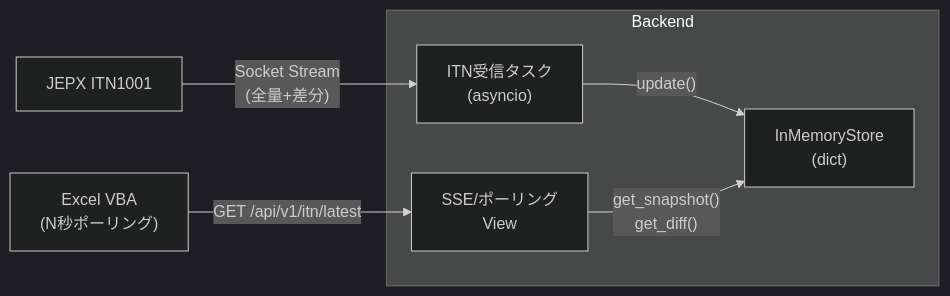
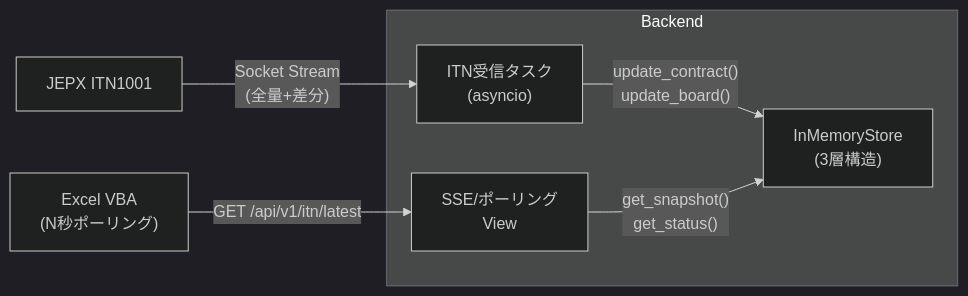
One commit to mkuwan/jepx4 changed the fifth of 8 diagrams in docs/03.詳細設計書.md. Above: the diagram before and after it, drawn with Mermaid (dark theme). The commit also changed other lines of this file, not shown here.

````diff
--- a/docs/03.詳細設計書.md
+++ b/docs/03.詳細設計書.md
@@ -934,14 +1328,14 @@
 ```mermaid
 flowchart LR
     subgraph Backend
         Receiver["ITN受信タスク\n(asyncio)"]
-        Store["InMemoryStore\n(dict)"]
+        Store["InMemoryStore\n(3層構造)"]
         SSEView["SSE/ポーリング\nView"]
     end
 
     JEPX["JEPX ITN1001"] -->|"Socket Stream\n(全量+差分)"| Receiver
-    Receiver -->|"update()"| Store
-    SSEView -->|"get_snapshot()\nget_diff()"| Store
+    Receiver -->|"update_contract()\nupdate_board()"| Store
+    SSEView -->|"get_snapshot()\nget_status()"| Store
 
     Excel["Excel VBA\n(N秒ポーリング)"] -->|"GET /api/v1/itn/latest"| SSEView
 ```
````
